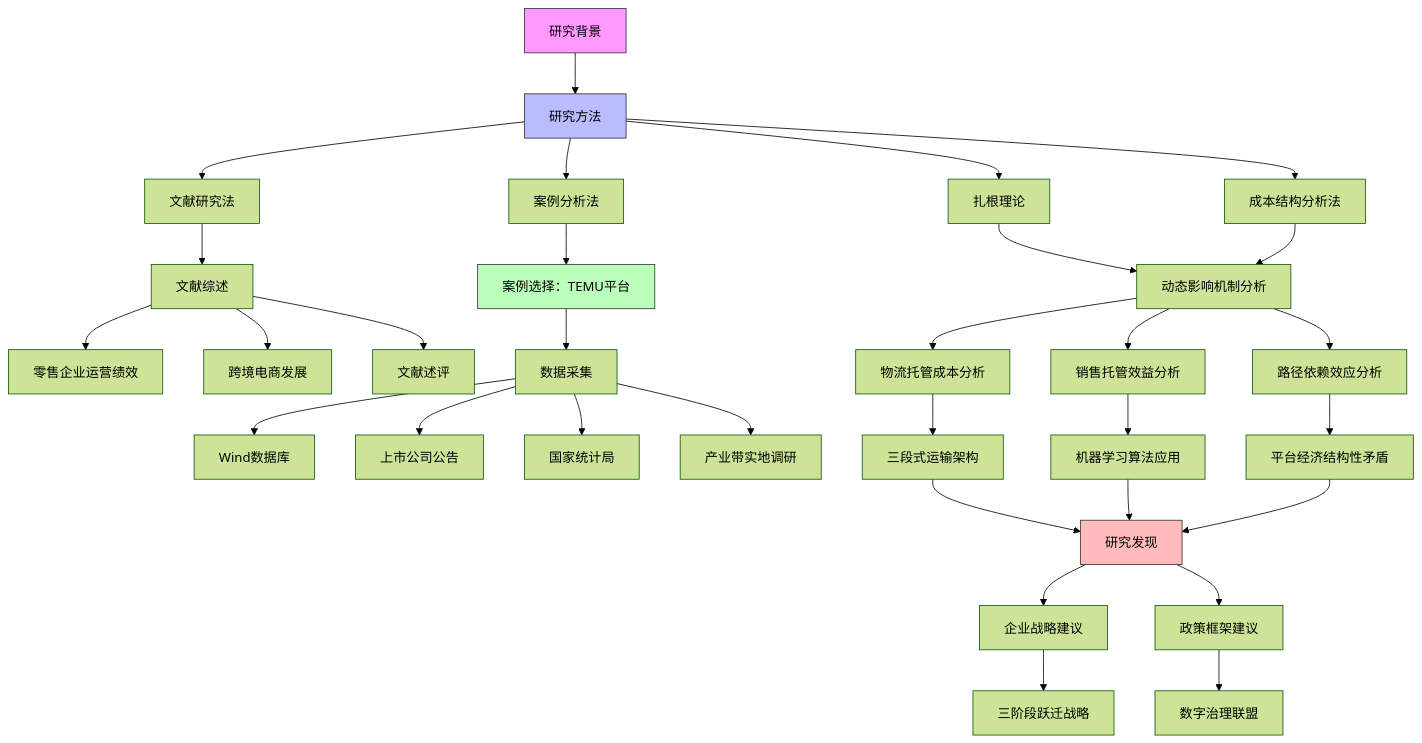
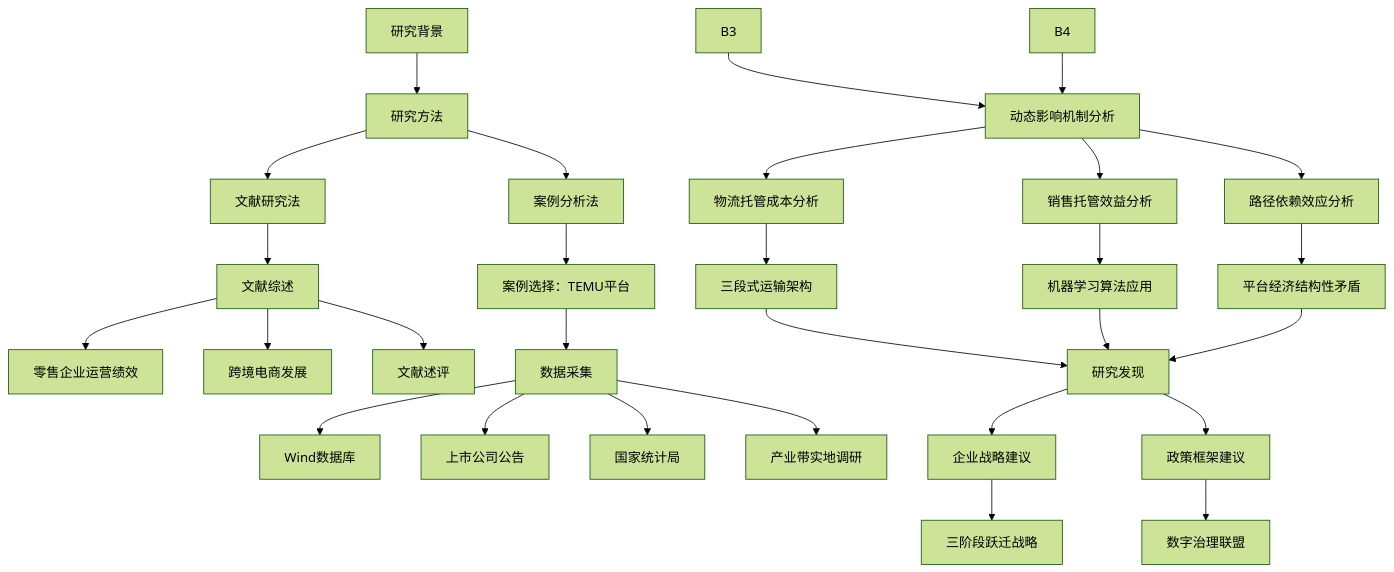
One commit to Zora0203/iodraw-files changed the diagram in all/未命名.md. Above: the diagram before and after it, drawn with Mermaid (forest theme).

Commit message:
2025-03-02 19:26:00 update

````diff
--- a/all/未命名.md
+++ b/all/未命名.md
@@ -1,41 +1,37 @@
 ```mermaid
 graph TD
     A[研究背景] --> B[研究方法]
     B --> B1[文献研究法]
     B --> B2[案例分析法]
-    B --> B3[扎根理论]
-    B --> B4[成本结构分析法]
+
     
     B1 --> C[文献综述]
     C --> C1[零售企业运营绩效]
     C --> C2[跨境电商发展]
     C --> C3[文献述评]
     
     B2 --> D[案例选择：TEMU平台]
     D --> D1[数据采集]
     D1 --> D11[Wind数据库]
     D1 --> D12[上市公司公告]
     D1 --> D13[国家统计局]
     D1 --> D14[产业带实地调研]
     
     B3 & B4 --> E[动态影响机制分析]
     E --> E1[物流托管成本分析]
     E --> E2[销售托管效益分析]
     E --> E3[路径依赖效应分析]
     
     E1 --> F[三段式运输架构]
     E2 --> G[机器学习算法应用]
     E3 --> H[平台经济结构性矛盾]
     
     F & G & H --> I[研究发现]
     I --> J[企业战略建议]
     I --> K[政策框架建议]
     
     J --> J1[三阶段跃迁战略]
     K --> K1[数字治理联盟]
     
-    style A fill:#f9f,stroke:#333
-    style B fill:#bbf,stroke:#333
-    style D fill:#bfb,stroke:#333
-    style I fill:#fbb,stroke:#333
+
 ```
````
